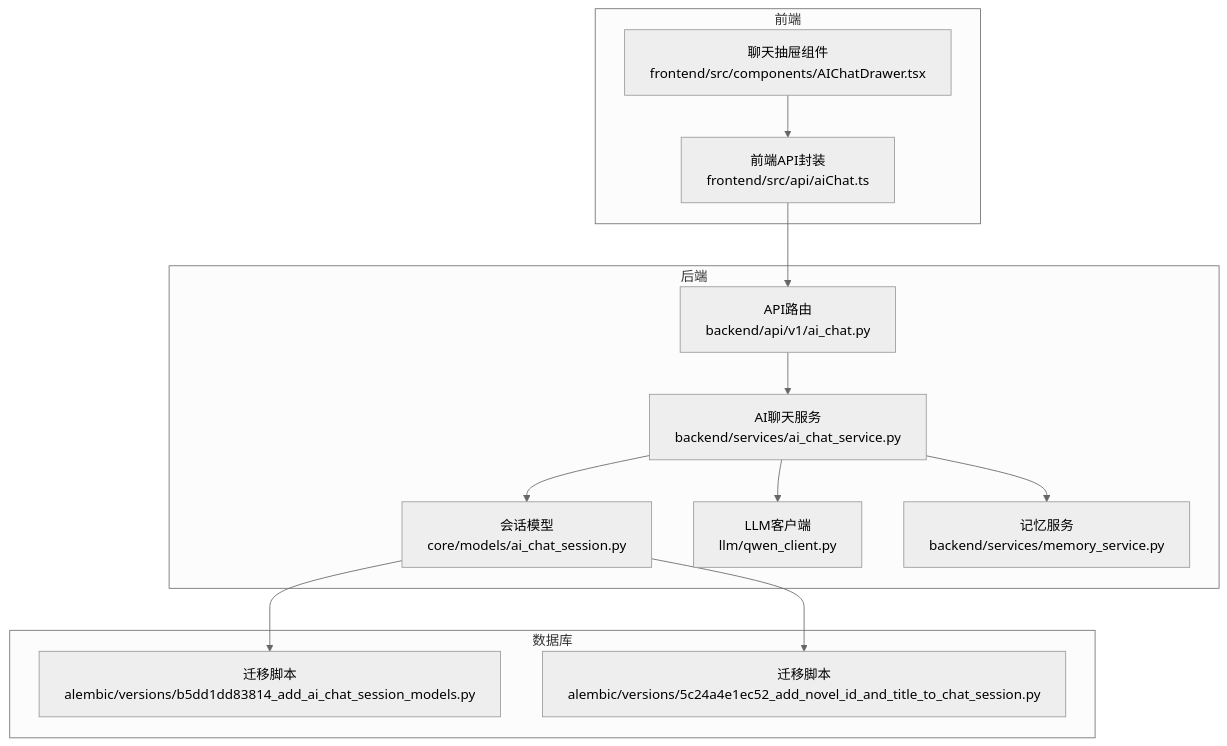
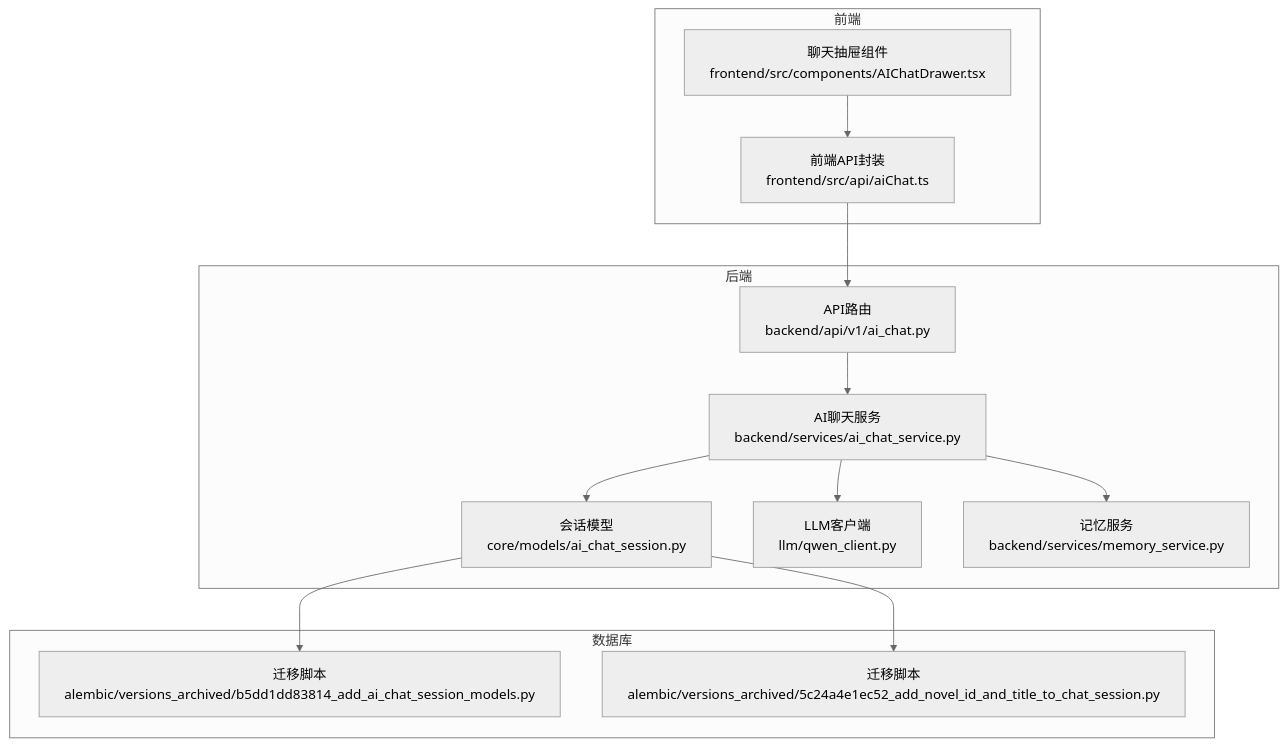
One commit to xfbyxq/ai-novel-system changed the first of 8 diagrams in .qoder/repowiki/zh/content/API接口文档/AI聊天API.md. Above: the diagram before and after it, drawn with Mermaid (neutral theme). The commit also changed other lines of this file and 23 other files, not shown here.

````diff
--- a/.qoder/repowiki/zh/content/API接口文档/AI聊天API.md
+++ b/.qoder/repowiki/zh/content/API接口文档/AI聊天API.md
@@ -47,26 +48,26 @@
 ```mermaid
 graph TB
 subgraph "后端"
 API["API路由<br/>backend/api/v1/ai_chat.py"]
 SVC["AI聊天服务<br/>backend/services/ai_chat_service.py"]
 MODEL["会话模型<br/>core/models/ai_chat_session.py"]
 LLM["LLM客户端<br/>llm/qwen_client.py"]
 MEM["记忆服务<br/>backend/services/memory_service.py"]
 end
 subgraph "前端"
 FE_API["前端API封装<br/>frontend/src/api/aiChat.ts"]
 FE_UI["聊天抽屉组件<br/>frontend/src/components/AIChatDrawer.tsx"]
 end
 subgraph "数据库"
-MIG["迁移脚本<br/>alembic/versions/b5dd1dd83814_add_ai_chat_session_models.py"]
-MIG2["迁移脚本<br/>alembic/versions/5c24a4e1ec52_add_novel_id_and_title_to_chat_session.py"]
+MIG["迁移脚本<br/>alembic/versions_archived/b5dd1dd83814_add_ai_chat_session_models.py"]
+MIG2["迁移脚本<br/>alembic/versions_archived/5c24a4e1ec52_add_novel_id_and_title_to_chat_session.py"]
 end
 FE_API --> API
 FE_UI --> FE_API
 API --> SVC
 SVC --> MODEL
 SVC --> LLM
 SVC --> MEM
 MODEL --> MIG
 MODEL --> MIG2
 ```
````
